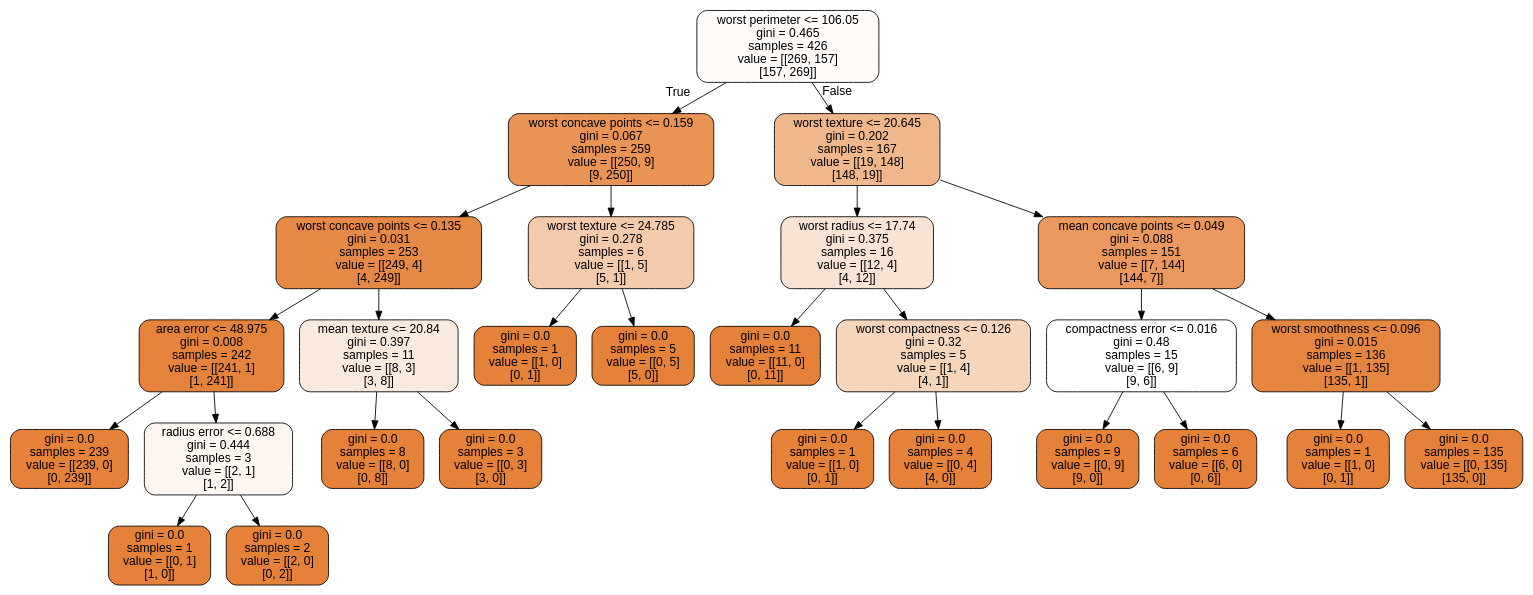
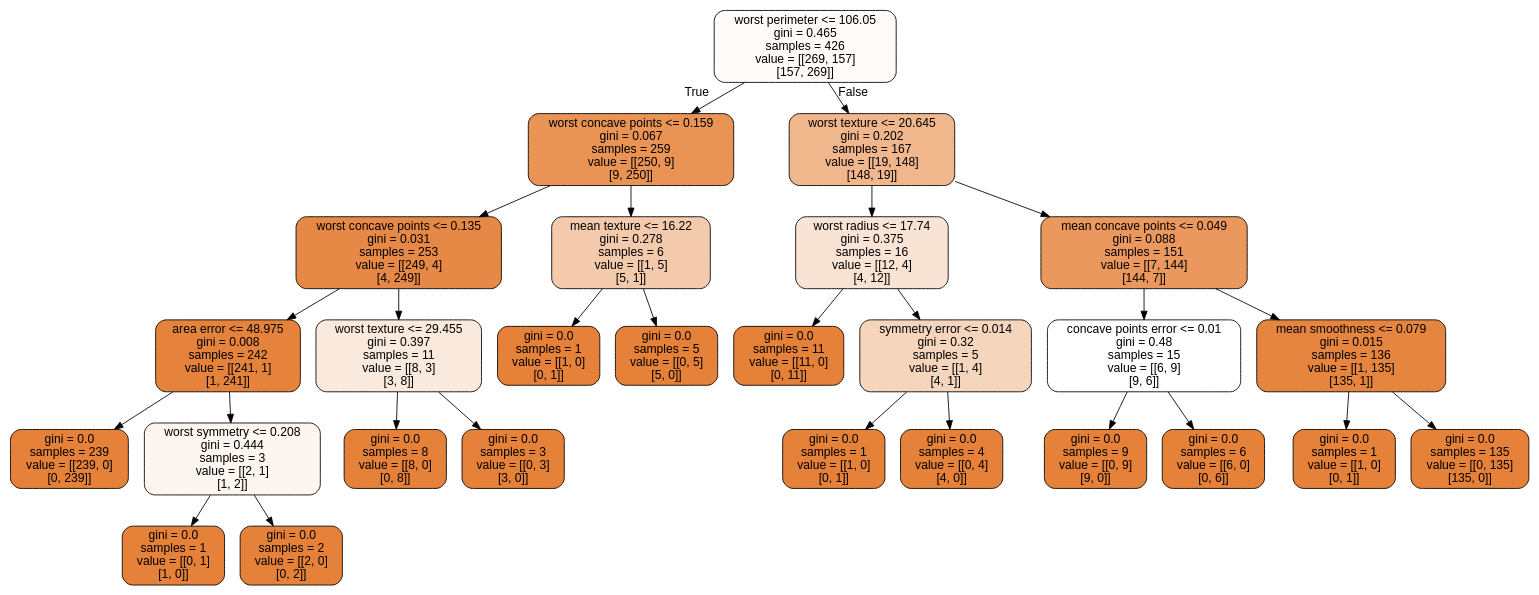
One commit to CompPhysics/MachineLearning changed the diagram in doc/LectureNotes/DataFiles/cancer.dot. Above: the diagram before and after it, drawn with Graphviz. The commit also changed 476 other files, not shown here.

```diff
--- a/doc/LectureNotes/DataFiles/cancer.dot
+++ b/doc/LectureNotes/DataFiles/cancer.dot
@@ -1,57 +1,57 @@
 digraph Tree {
 node [shape=box, style="filled, rounded", color="black", fontname="helvetica"] ;
 edge [fontname="helvetica"] ;
 0 [label="worst perimeter <= 106.05\ngini = 0.465\nsamples = 426\nvalue = [[269, 157]\n[157, 269]]", fillcolor="#fefbf9"] ;
 1 [label="worst concave points <= 0.159\ngini = 0.067\nsamples = 259\nvalue = [[250, 9]\n[9, 250]]", fillcolor="#e99355"] ;
 0 -> 1 [labeldistance=2.5, labelangle=45, headlabel="True"] ;
 2 [label="worst concave points <= 0.135\ngini = 0.031\nsamples = 253\nvalue = [[249, 4]\n[4, 249]]", fillcolor="#e78946"] ;
 1 -> 2 ;
 3 [label="area error <= 48.975\ngini = 0.008\nsamples = 242\nvalue = [[241, 1]\n[1, 241]]", fillcolor="#e5833c"] ;
 2 -> 3 ;
 4 [label="gini = 0.0\nsamples = 239\nvalue = [[239, 0]\n[0, 239]]", fillcolor="#e58139"] ;
 3 -> 4 ;
-5 [label="radius error <= 0.688\ngini = 0.444\nsamples = 3\nvalue = [[2, 1]\n[1, 2]]", fillcolor="#fdf6f0"] ;
+5 [label="worst symmetry <= 0.208\ngini = 0.444\nsamples = 3\nvalue = [[2, 1]\n[1, 2]]", fillcolor="#fdf6f0"] ;
 3 -> 5 ;
 6 [label="gini = 0.0\nsamples = 1\nvalue = [[0, 1]\n[1, 0]]", fillcolor="#e58139"] ;
 5 -> 6 ;
 7 [label="gini = 0.0\nsamples = 2\nvalue = [[2, 0]\n[0, 2]]", fillcolor="#e58139"] ;
 5 -> 7 ;
-8 [label="mean texture <= 20.84\ngini = 0.397\nsamples = 11\nvalue = [[8, 3]\n[3, 8]]", fillcolor="#fae9dd"] ;
+8 [label="worst texture <= 29.455\ngini = 0.397\nsamples = 11\nvalue = [[8, 3]\n[3, 8]]", fillcolor="#fae9dd"] ;
 2 -> 8 ;
 9 [label="gini = 0.0\nsamples = 8\nvalue = [[8, 0]\n[0, 8]]", fillcolor="#e58139"] ;
 8 -> 9 ;
 10 [label="gini = 0.0\nsamples = 3\nvalue = [[0, 3]\n[3, 0]]", fillcolor="#e58139"] ;
 8 -> 10 ;
-11 [label="worst texture <= 24.785\ngini = 0.278\nsamples = 6\nvalue = [[1, 5]\n[5, 1]]", fillcolor="#f4caac"] ;
+11 [label="mean texture <= 16.22\ngini = 0.278\nsamples = 6\nvalue = [[1, 5]\n[5, 1]]", fillcolor="#f4caac"] ;
 1 -> 11 ;
 12 [label="gini = 0.0\nsamples = 1\nvalue = [[1, 0]\n[0, 1]]", fillcolor="#e58139"] ;
 11 -> 12 ;
 13 [label="gini = 0.0\nsamples = 5\nvalue = [[0, 5]\n[5, 0]]", fillcolor="#e58139"] ;
 11 -> 13 ;
 14 [label="worst texture <= 20.645\ngini = 0.202\nsamples = 167\nvalue = [[19, 148]\n[148, 19]]", fillcolor="#f0b68c"] ;
 0 -> 14 [labeldistance=2.5, labelangle=-45, headlabel="False"] ;
 15 [label="worst radius <= 17.74\ngini = 0.375\nsamples = 16\nvalue = [[12, 4]\n[4, 12]]", fillcolor="#f9e3d4"] ;
 14 -> 15 ;
 16 [label="gini = 0.0\nsamples = 11\nvalue = [[11, 0]\n[0, 11]]", fillcolor="#e58139"] ;
 15 -> 16 ;
-17 [label="worst compactness <= 0.126\ngini = 0.32\nsamples = 5\nvalue = [[1, 4]\n[4, 1]]", fillcolor="#f6d5bd"] ;
+17 [label="symmetry error <= 0.014\ngini = 0.32\nsamples = 5\nvalue = [[1, 4]\n[4, 1]]", fillcolor="#f6d5bd"] ;
 15 -> 17 ;
 18 [label="gini = 0.0\nsamples = 1\nvalue = [[1, 0]\n[0, 1]]", fillcolor="#e58139"] ;
 17 -> 18 ;
 19 [label="gini = 0.0\nsamples = 4\nvalue = [[0, 4]\n[4, 0]]", fillcolor="#e58139"] ;
 17 -> 19 ;
 20 [label="mean concave points <= 0.049\ngini = 0.088\nsamples = 151\nvalue = [[7, 144]\n[144, 7]]", fillcolor="#ea985d"] ;
 14 -> 20 ;
-21 [label="compactness error <= 0.016\ngini = 0.48\nsamples = 15\nvalue = [[6, 9]\n[9, 6]]", fillcolor="#ffffff"] ;
+21 [label="concave points error <= 0.01\ngini = 0.48\nsamples = 15\nvalue = [[6, 9]\n[9, 6]]", fillcolor="#ffffff"] ;
 20 -> 21 ;
 22 [label="gini = 0.0\nsamples = 9\nvalue = [[0, 9]\n[9, 0]]", fillcolor="#e58139"] ;
 21 -> 22 ;
 23 [label="gini = 0.0\nsamples = 6\nvalue = [[6, 0]\n[0, 6]]", fillcolor="#e58139"] ;
 21 -> 23 ;
-24 [label="worst smoothness <= 0.096\ngini = 0.015\nsamples = 136\nvalue = [[1, 135]\n[135, 1]]", fillcolor="#e6853f"] ;
+24 [label="mean smoothness <= 0.079\ngini = 0.015\nsamples = 136\nvalue = [[1, 135]\n[135, 1]]", fillcolor="#e6853f"] ;
 20 -> 24 ;
 25 [label="gini = 0.0\nsamples = 1\nvalue = [[1, 0]\n[0, 1]]", fillcolor="#e58139"] ;
 24 -> 25 ;
 26 [label="gini = 0.0\nsamples = 135\nvalue = [[0, 135]\n[135, 0]]", fillcolor="#e58139"] ;
 24 -> 26 ;
 }
```
